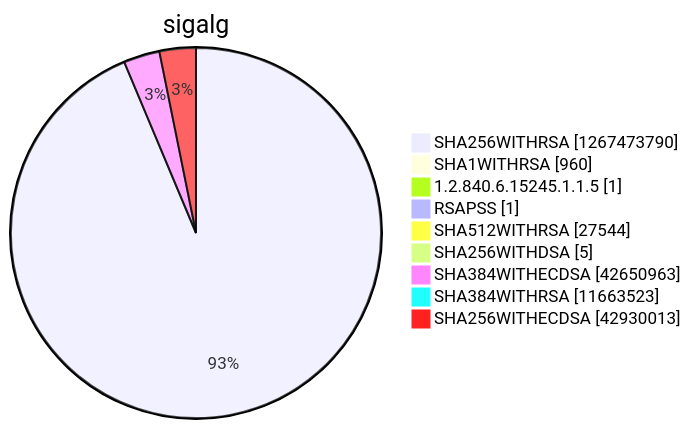
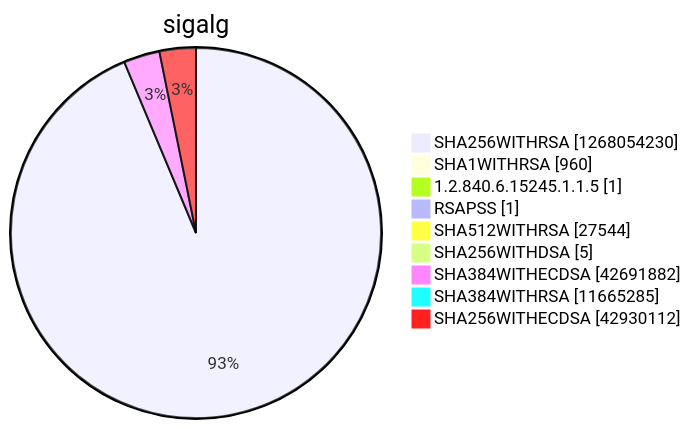
Before and after one commit to christiankrug/ctmonitor_visualization: diagram 15 of 15 in argon2022/README.md, drawn with Mermaid. The commit also changed other lines of this file, not shown here.

````diff
--- a/argon2022/README.md
+++ b/argon2022/README.md
@@ -5522,13 +5522,13 @@
 ```mermaid
 pie showData
 title sigalg
-"SHA256WITHRSA" :1267473790
+"SHA256WITHRSA" :1268054230
 "SHA1WITHRSA" :960
 "1.2.840.6.15245.1.1.5" :1
 "RSAPSS" :1
 "SHA512WITHRSA" :27544
 "SHA256WITHDSA" :5
-"SHA384WITHECDSA" :42650963
-"SHA384WITHRSA" :11663523
-"SHA256WITHECDSA" :42930013
+"SHA384WITHECDSA" :42691882
+"SHA384WITHRSA" :11665285
+"SHA256WITHECDSA" :42930112
 ```
````
